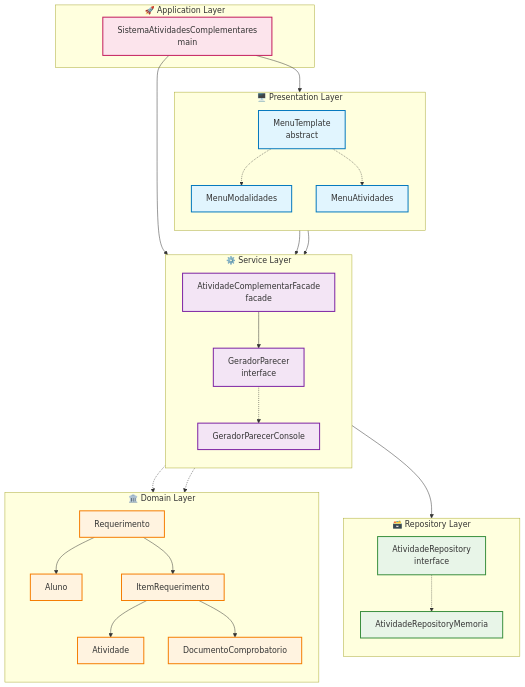
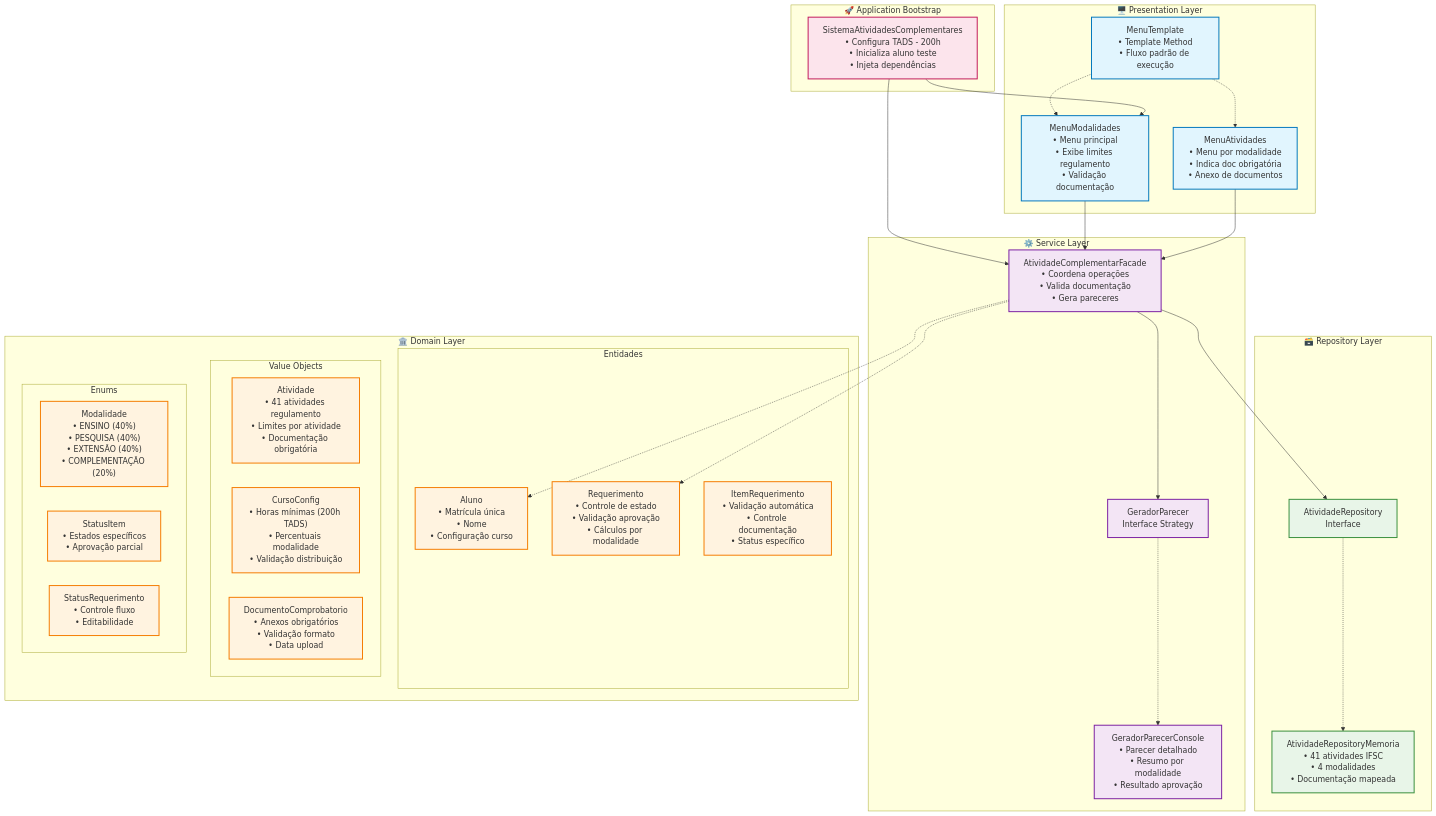
One commit to SorayaYF/Atividades-Complementares changed the third of 3 diagrams in README.md. Above: the diagram before and after it, drawn with Mermaid. The commit also changed other lines of this file, not shown here.

````diff
--- a/README.md
+++ b/README.md
@@ -395,65 +277,75 @@
 ```mermaid
 graph TB
-    subgraph PresentationLayer ["🖥️ Presentation Layer"]
-        direction TB
-        MT[MenuTemplate<br/>abstract]
-        MM[MenuModalidades]
-        MA[MenuAtividades]
+    %% ─────────────────── Application ───────────────────
+    subgraph Application ["🚀 Application Bootstrap"]
+        SAC["SistemaAtividadesComplementares<br>• Configura TADS - 200h<br>• Inicializa aluno teste<br>• Injeta dependências"]
+    end
+
+    %% ─────────────────── Presentation ──────────────────
+    subgraph Presentation ["🖥️ Presentation Layer"]
+        MT["MenuTemplate<br>• Template Method<br>• Fluxo padrão de execução"]
+        MM["MenuModalidades<br>• Menu principal<br>• Exibe limites regulamento<br>• Validação documentação"]
+        MA["MenuAtividades<br>• Menu por modalidade<br>• Indica doc obrigatória<br>• Anexo de documentos"]
         MT -.-> MM
         MT -.-> MA
     end
 
-    subgraph ServiceLayer ["⚙️ Service Layer"]
-        direction TB
-        F[AtividadeComplementarFacade<br/>facade]
-        GPI[GeradorParecer<br/>interface]
-        GPC[GeradorParecerConsole]
+    %% ─────────────────── Service ───────────────────────
+    subgraph Service ["⚙️ Service Layer"]
+        F["AtividadeComplementarFacade<br>• Coordena operações<br>• Valida documentação<br>• Gera pareceres"]
+        GPI["GeradorParecer<br>Interface Strategy"]
+        GPC["GeradorParecerConsole<br>• Parecer detalhado<br>• Resumo por modalidade<br>• Resultado aprovação"]
         GPI -.-> GPC
     end
 
-    subgraph RepositoryLayer ["🗃️ Repository Layer"]
-        direction TB
-        ARI[AtividadeRepository<br/>interface]
-        ARM[AtividadeRepositoryMemoria]
+    %% ─────────────────── Repository ────────────────────
+    subgraph Repository ["🗃️ Repository Layer"]
+        ARI["AtividadeRepository<br>Interface"]
+        ARM["AtividadeRepositoryMemoria<br>• 41 atividades IFSC<br>• 4 modalidades<br>• Documentação mapeada"]
         ARI -.-> ARM
     end
 
-    subgraph DomainLayer ["🏛️ Domain Layer"]
-        direction TB
-        AL[Aluno]
-        RE[Requerimento]
-        IR[ItemRequerimento]
-        AT[Atividade]
-        DC[DocumentoComprobatorio]
+    %% ─────────────────── Domain ────────────────────────
+    subgraph Domain ["🏛️ Domain Layer"]
+        subgraph Entities ["Entidades"]
+            AL["Aluno<br>• Matrícula única<br>• Nome<br>• Configuração curso"]
+            RE["Requerimento<br>• Controle de estado<br>• Validação aprovação<br>• Cálculos por modalidade"]
+            IR["ItemRequerimento<br>• Validação automática<br>• Controle documentação<br>• Status específico"]
+        end
         
-        RE --> AL
-        RE --> IR
-        IR --> AT
-        IR --> DC
+        subgraph ValueObjects ["Value Objects"]
+            AT["Atividade<br>• 41 atividades regulamento<br>• Limites por atividade<br>• Documentação obrigatória"]
+            CC["CursoConfig<br>• Horas mínimas (200h TADS)<br>• Percentuais modalidade<br>• Validação distribuição"]
+            DC["DocumentoComprobatorio<br>• Anexos obrigatórios<br>• Validação formato<br>• Data upload"]
+        end
+        
+        subgraph Enums ["Enums"]
+            MOD["Modalidade<br>• ENSINO (40%)<br>• PESQUISA (40%)<br>• EXTENSÃO (40%)<br>• COMPLEMENTAÇÃO (20%)"]
+            SI["StatusItem<br>• Estados específicos<br>• Aprovação parcial"]
+            SR["StatusRequerimento<br>• Controle fluxo<br>• Editabilidade"]
+        end
     end
 
-    subgraph ApplicationLayer ["🚀 Application Layer"]
-        SAC[SistemaAtividadesComplementares<br/>main]
-    end
-
-    MM --> F
-    MA --> F
-    F --> ARI
-    F --> GPI
+    %% ─────────────────── Relacionamentos ───────────────
     SAC --> MM
     SAC --> F
-    F -.-> AL
-    F -.-> RE
+    MM  --> F
+    MA  --> F
+    F   --> ARI
+    F   --> GPI
+    F   -.-> RE
+    F   -.-> AL
 
+    %% ─────────────────── Estilos ───────────────────────
+    classDef applicationStyle fill:#fce4ec,stroke:#c2185b,stroke-width:2px
     classDef presentationStyle fill:#e1f5fe,stroke:#0277bd,stroke-width:2px
     classDef serviceStyle fill:#f3e5f5,stroke:#7b1fa2,stroke-width:2px
     classDef repositoryStyle fill:#e8f5e8,stroke:#388e3c,stroke-width:2px
     classDef domainStyle fill:#fff3e0,stroke:#f57c00,stroke-width:2px
-    classDef applicationStyle fill:#fce4ec,stroke:#c2185b,stroke-width:2px
 
+    class SAC applicationStyle
     class MT,MM,MA presentationStyle
     class F,GPI,GPC serviceStyle
     class ARI,ARM repositoryStyle
-    class AL,RE,IR,AT,DC domainStyle
-    class SAC applicationStyle
+    class AL,RE,IR,AT,CC,DC,MOD,SI,SR domainStyle
 ```
````
